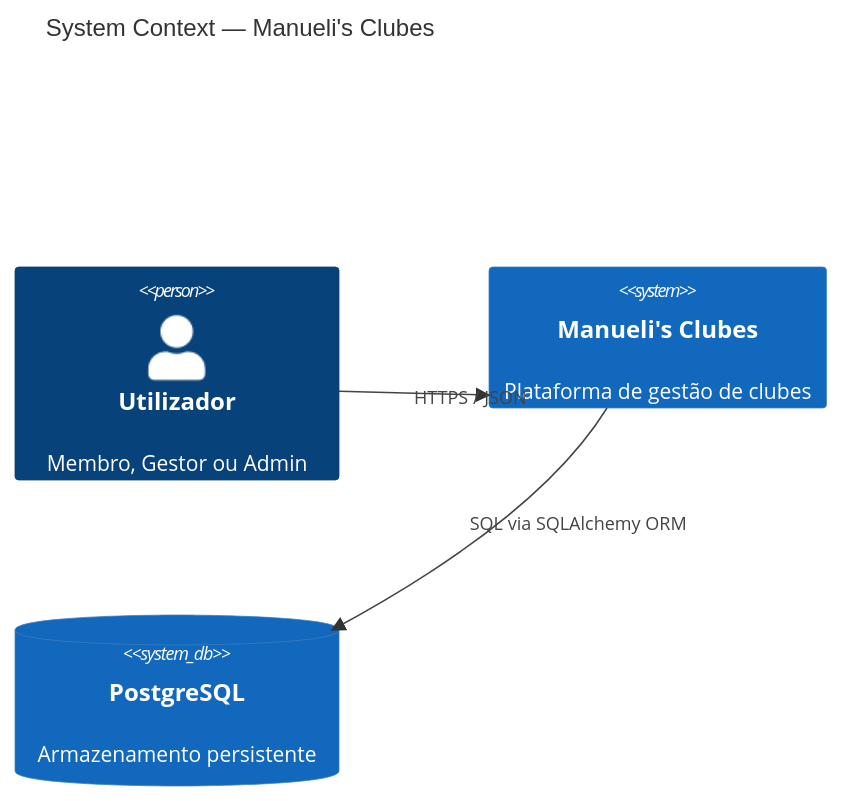
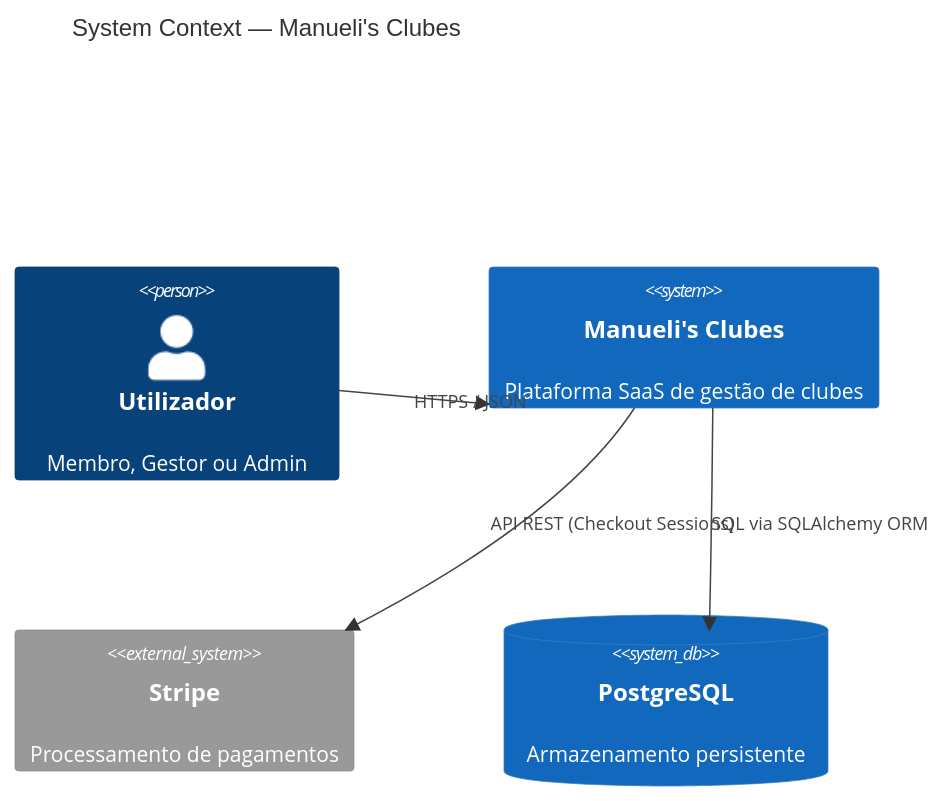
Before and after one commit to Wand-DenaXy/-Manueli-s-Clubes: the first of 10 diagrams in README.md, drawn with Mermaid. The commit also changed other lines of this file and 2 other files, not shown here.

````diff
--- a/README.md
+++ b/README.md
@@ -175,11 +213,13 @@
 ```mermaid
 C4Context
     title System Context — Manueli's Clubes
 
     Person(user, "Utilizador", "Membro, Gestor ou Admin")
-    System(sys, "Manueli's Clubes", "Plataforma de gestão de clubes")
+    System(sys, "Manueli's Clubes", "Plataforma SaaS de gestão de clubes")
+    System_Ext(stripe, "Stripe", "Processamento de pagamentos")
     SystemDb(db, "PostgreSQL", "Armazenamento persistente")
 
     Rel(user, sys, "HTTPS / JSON")
     Rel(sys, db, "SQL via SQLAlchemy ORM")
+    Rel(sys, stripe, "API REST (Checkout Sessions)")
 ```
````
